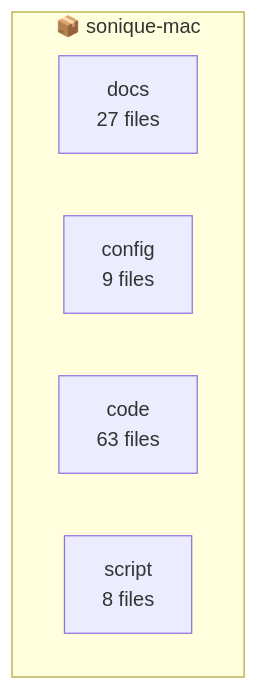
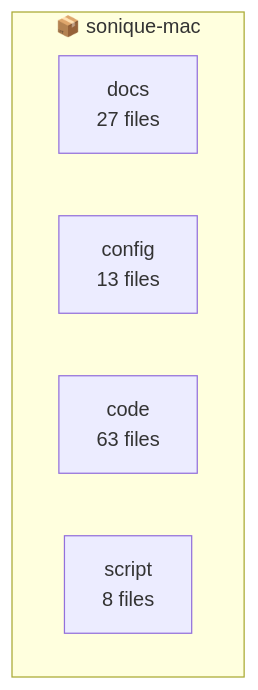
The first of 2 diagrams in .architecture/ARCHITECTURE.md (charlieseay/sonique-mac), drawn with Mermaid before and after one commit. The commit also changed other lines of this file and 8 other files, not shown here.

````diff
--- a/.architecture/ARCHITECTURE.md
+++ b/.architecture/ARCHITECTURE.md
@@ -12,9 +12,9 @@
 ```mermaid
 graph TB
     subgraph "📦 sonique-mac"
         docs[docs<br/>27 files]
-        config[config<br/>9 files]
+        config[config<br/>13 files]
         code[code<br/>63 files]
         script[script<br/>8 files]
     end
 ```
````
